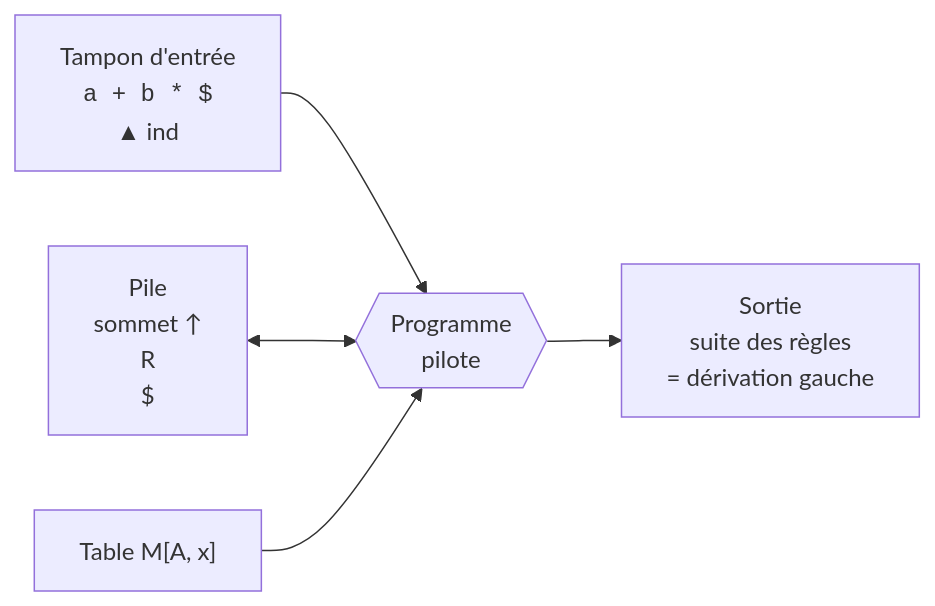
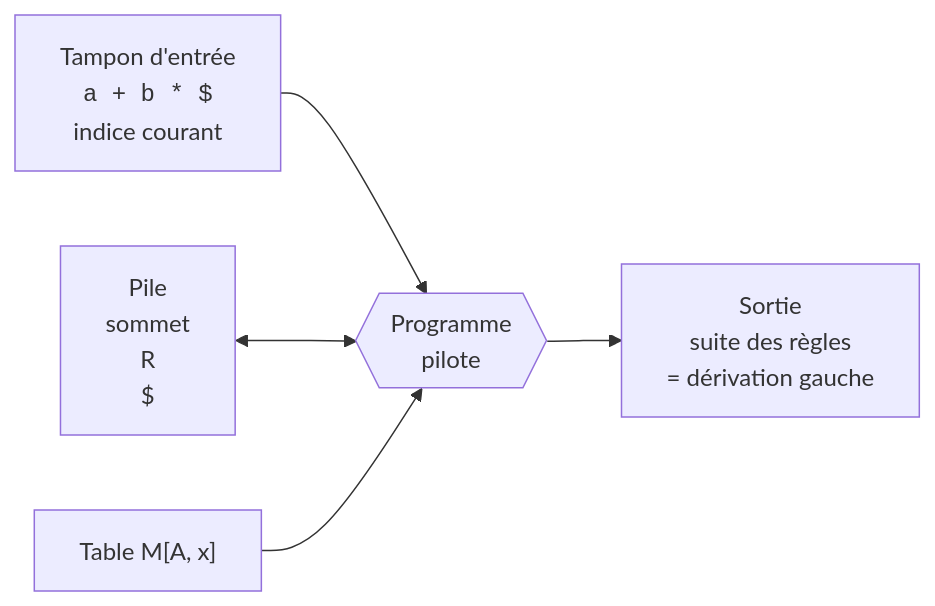
One commit to Youssef-YBM/T5-COMPILATION-Syntaxique changed the fourth of 7 diagrams in README.md. Above: the diagram before and after it, drawn with Mermaid. The commit also changed other lines of this file, not shown here.

Commit message:
Fix formatting inconsistencies in flowcharts in README.md for improved clarity

````diff
--- a/README.md
+++ b/README.md
@@ -506,7 +506,7 @@
 ```mermaid
 flowchart LR
-    IN[" Tampon d'entrée<br/><code>a + b * $</code><br/>▲ ind"] --> P{{" Programme<br/>pilote"}}
-    PILE[" Pile<br/>sommet ↑<br/>R<br/>$"] <--> P
-    TAB[" Table M[A, x]"] --> P
-    P --> OUT[" Sortie<br/>suite des règles<br/>= dérivation gauche"]
+    IN["Tampon d'entrée<br/><code>a + b * $</code><br/>indice courant"] --> P{{"Programme<br/>pilote"}}
+    PILE["Pile<br/>sommet<br/>R<br/>$"] <--> P
+    TAB["Table M[A, x]"] --> P
+    P --> OUT["Sortie<br/>suite des règles<br/>= dérivation gauche"]
 ```
````
